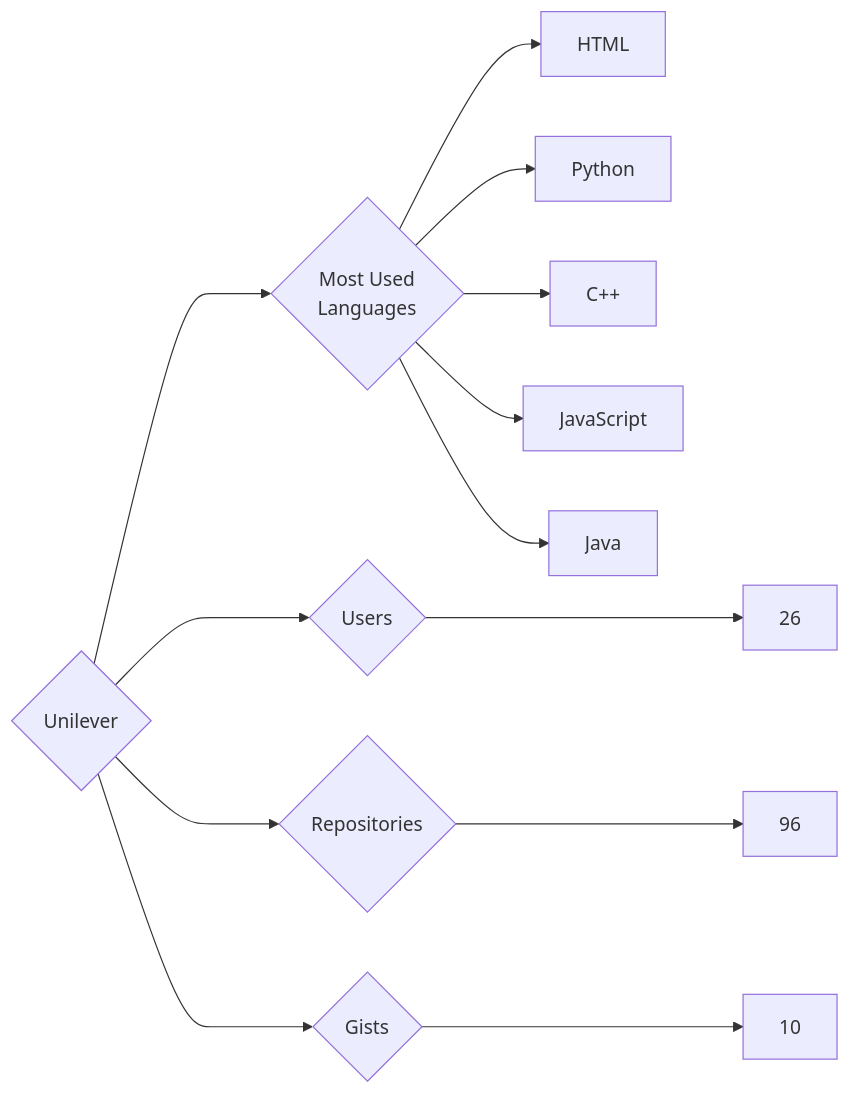
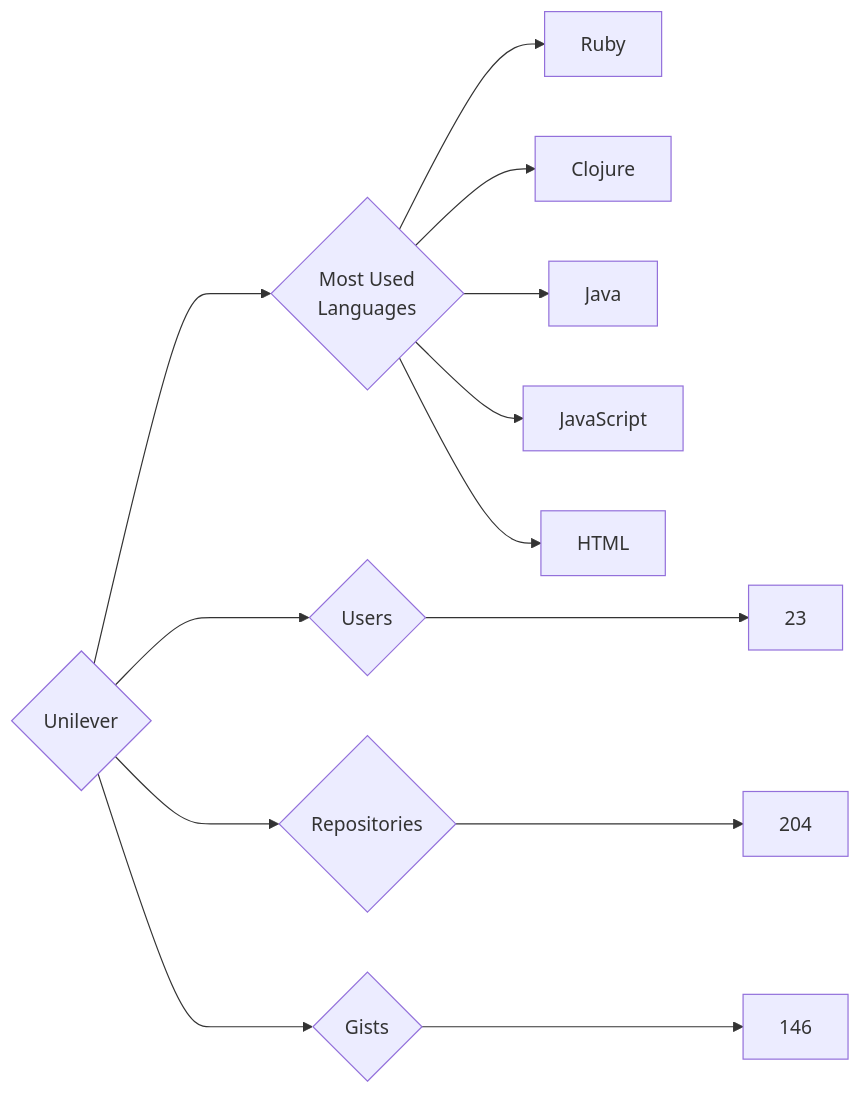
One commit to trickest/insiders changed the diagram in targets/Unilever/README.md. Above: the diagram before and after it, drawn with Mermaid. The commit also changed 976 other files, not shown here.

````diff
--- a/targets/Unilever/README.md
+++ b/targets/Unilever/README.md
@@ -3,13 +3,13 @@
 ```mermaid
 graph LR
 COMPANY_NAME{Unilever}
-COMPANY_NAME ---> U{Users} ---> UN[26]
-COMPANY_NAME ---> R{Repositories} ---> RN[96]
-COMPANY_NAME ---> G{Gists} ---> GN[10]
+COMPANY_NAME ---> U{Users} ---> UN[23]
+COMPANY_NAME ---> R{Repositories} ---> RN[204]
+COMPANY_NAME ---> G{Gists} ---> GN[146]
 COMPANY_NAME ---> ML{Most Used<br>Languages}
+ML --> Ruby[Ruby]
+ML --> Clojure[Clojure]
+ML --> Java[Java]
+ML --> JavaScript[JavaScript]
 ML --> HTML[HTML]
-ML --> Python[Python]
-ML --> C++[C++]
-ML --> JavaScript[JavaScript]
-ML --> Java[Java]
 ```
````
